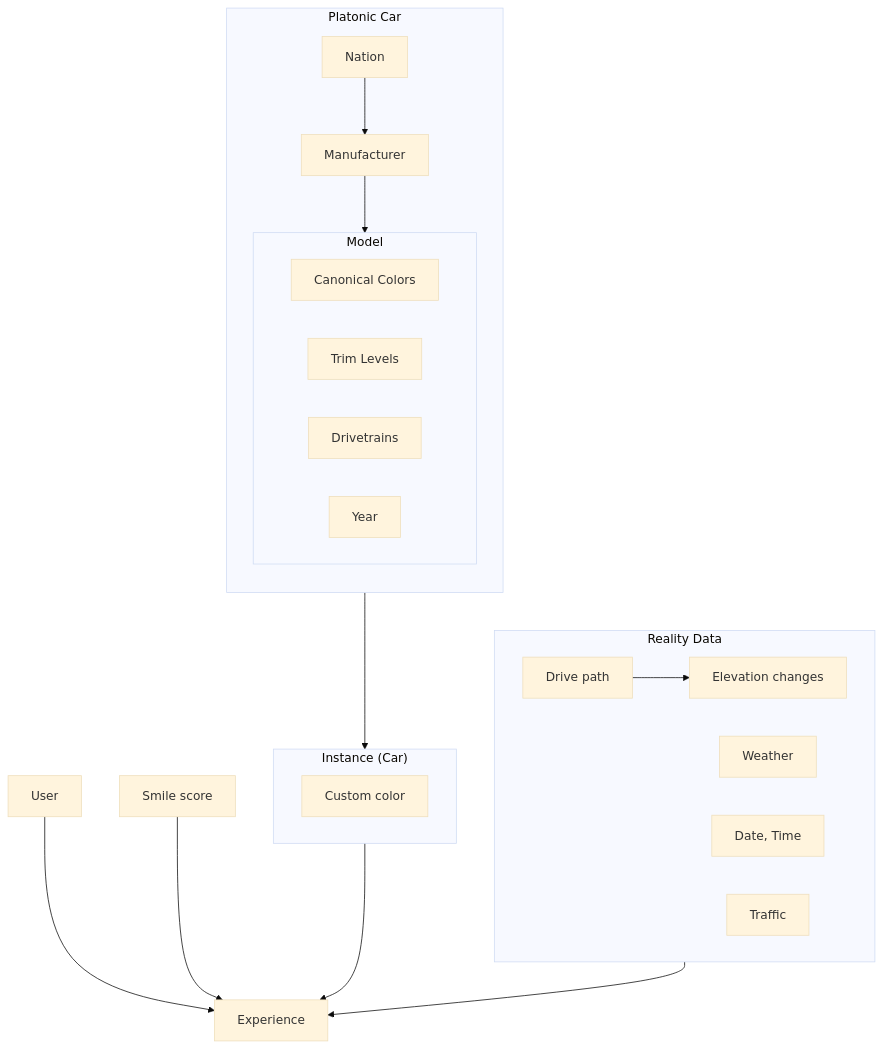
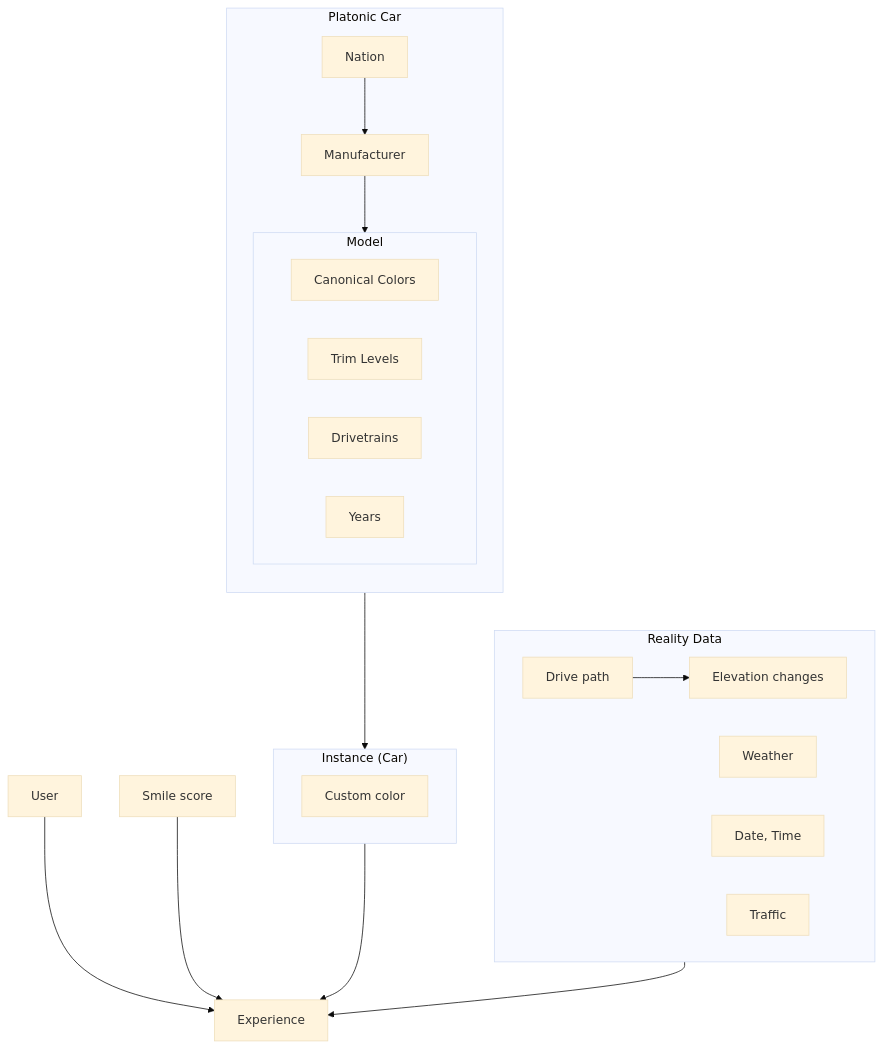
One commit to UUeird/dyno changed the diagram in docs/product.md. Above: the diagram before and after it, drawn with Mermaid (base theme).

Commit message:
Rename Year to Years in product flow chart

````diff
--- a/docs/product.md
+++ b/docs/product.md
@@ -7,28 +7,28 @@
 ```mermaid
 flowchart TD
     subgraph PlatonicCar["Platonic Car"]
         direction TD
         Nation --> Manufacturer --> Model
         subgraph Model["Model"]
             CanonicalColors["Canonical Colors"]
             Trim["Trim Levels"]
             Drivetrain["Drivetrains"]
-            Year
+            Year["Years"]
         end
     end
     subgraph Instance["Instance (Car)"]
         CustomColor["Custom color"]
     end
     PlatonicCar --> Instance
     Instance --> Experience
     User --> Experience
     SmileScore["Smile score"] --> Experience
 
     subgraph RealityData["Reality Data"]
         DrivePath["Drive path"] --> Elevation["Elevation changes"]
         Weather
         DateTime["Date, Time"]
         Traffic
     end
     RealityData --> Experience
 ```
````
